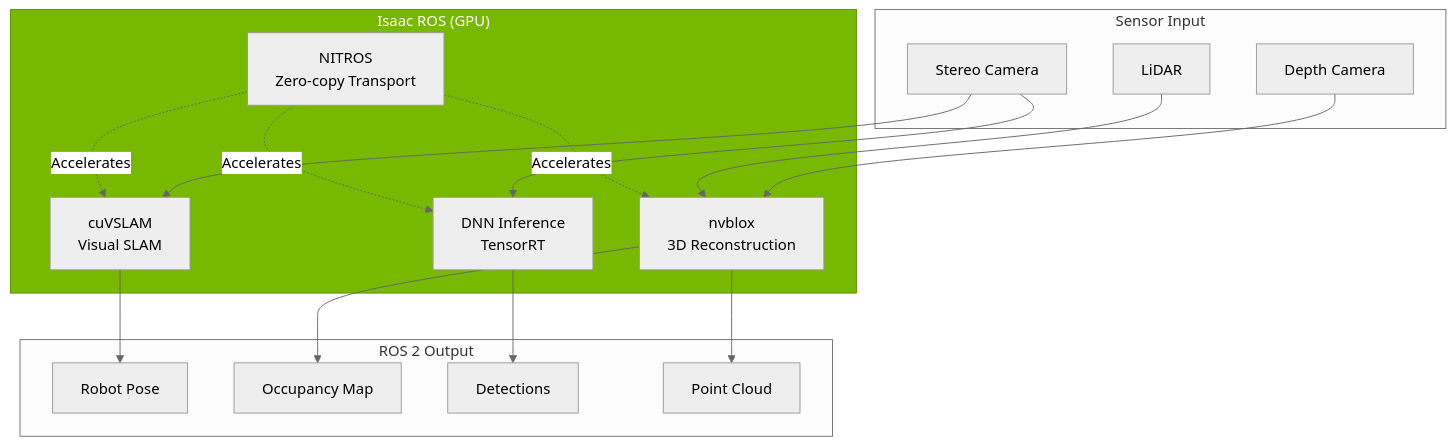
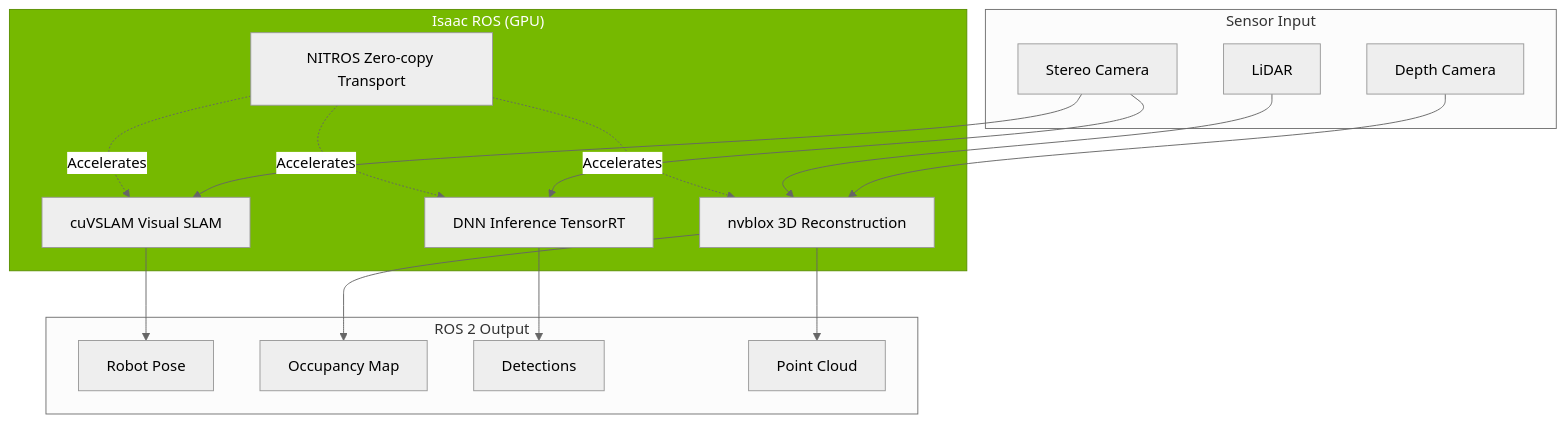
The fifth of 5 diagrams in docs/modules/module-3-isaac/chapter-09-platform.md (shakir-hussain1/physical-AI-and-humanoid-robotics-textbook-by-shakir-hussain), drawn with Mermaid (neutral theme) before and after one commit. The commit also changed other lines of this file and 17 other files, not shown here.

Commit message:
fix: Remove br tags from Mermaid diagrams causing parse errors

````diff
--- a/docs/modules/module-3-isaac/chapter-09-platform.md
+++ b/docs/modules/module-3-isaac/chapter-09-platform.md
@@ -226,38 +226,38 @@
 ```mermaid
 flowchart TD
     subgraph Input["Sensor Input"]
         CAM[Stereo Camera]
         DEPTH[Depth Camera]
         LIDAR[LiDAR]
     end
 
     subgraph IsaacROS["Isaac ROS (GPU)"]
-        VSLAM[cuVSLAM<br/>Visual SLAM]
-        NVBLOX[nvblox<br/>3D Reconstruction]
-        DNN[DNN Inference<br/>TensorRT]
-        NITROS[NITROS<br/>Zero-copy Transport]
+        VSLAM[cuVSLAM Visual SLAM]
+        NVBLOX[nvblox 3D Reconstruction]
+        DNN[DNN Inference TensorRT]
+        NITROS[NITROS Zero-copy Transport]
     end
 
     subgraph Output["ROS 2 Output"]
         POSE[Robot Pose]
         MAP[Occupancy Map]
         DETECT[Detections]
         PCLD[Point Cloud]
     end
 
     CAM --> VSLAM
     CAM --> DNN
     DEPTH --> NVBLOX
     LIDAR --> NVBLOX
 
     VSLAM --> POSE
     NVBLOX --> MAP
     NVBLOX --> PCLD
     DNN --> DETECT
 
     NITROS -.->|Accelerates| VSLAM
     NITROS -.->|Accelerates| NVBLOX
     NITROS -.->|Accelerates| DNN
 
     style IsaacROS fill:#76b900,stroke:#5a8f00,color:#fff
 ```
````
